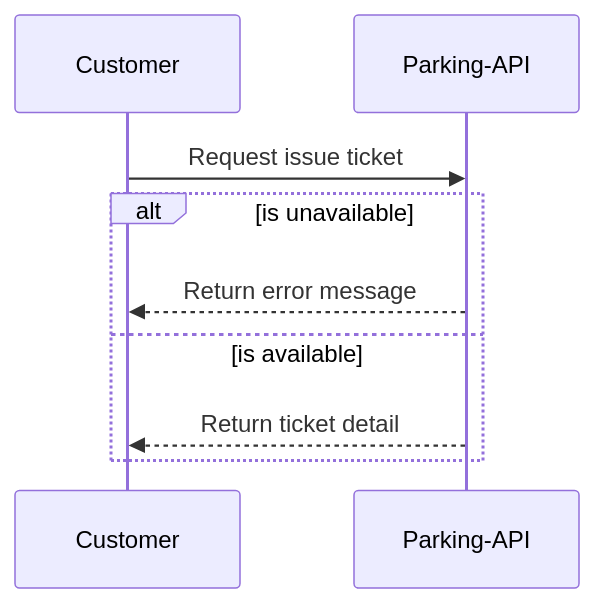
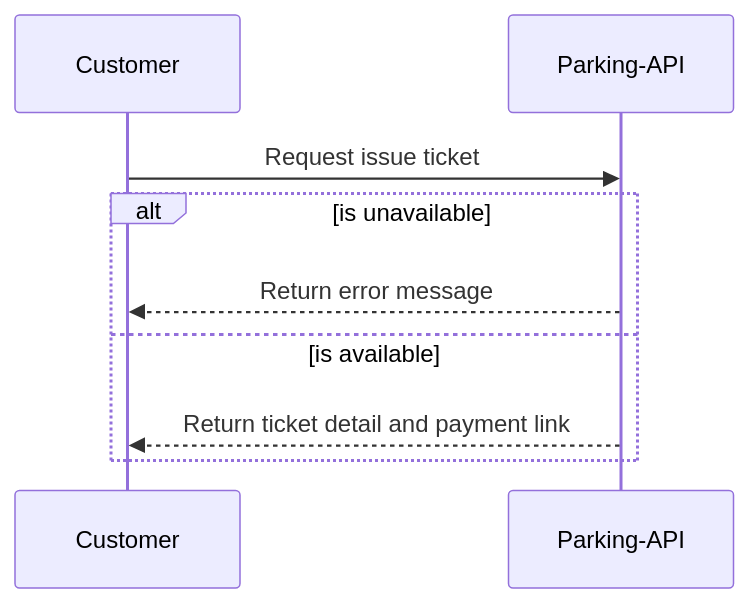
One commit to martzing/ascend-test changed the first of 3 diagrams in parking-api.md. Above: the diagram before and after it, drawn with Mermaid. The commit also changed other lines of this file and 2 other files, not shown here.

Commit message:
update diagram

````diff
--- a/parking-api.md
+++ b/parking-api.md
@@ -2,9 +2,9 @@
 ```mermaid
     sequenceDiagram
         Customer->>Parking-API: Request issue ticket
         alt is unavailable
             Parking-API-->>Customer: Return error message
         else is available
-            Parking-API-->>Customer: Return ticket detail
+            Parking-API-->>Customer: Return ticket detail and payment link
         end
 ```
````
